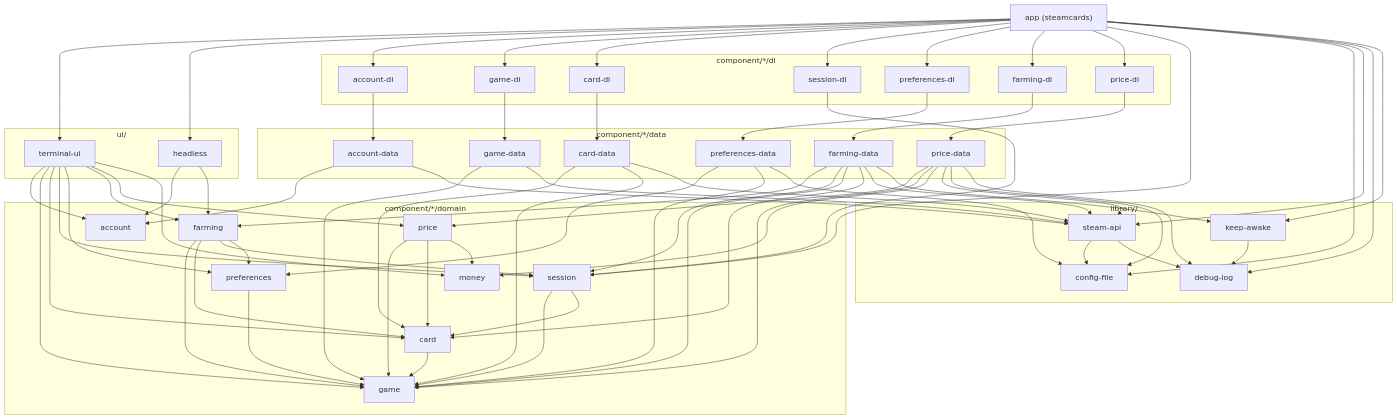
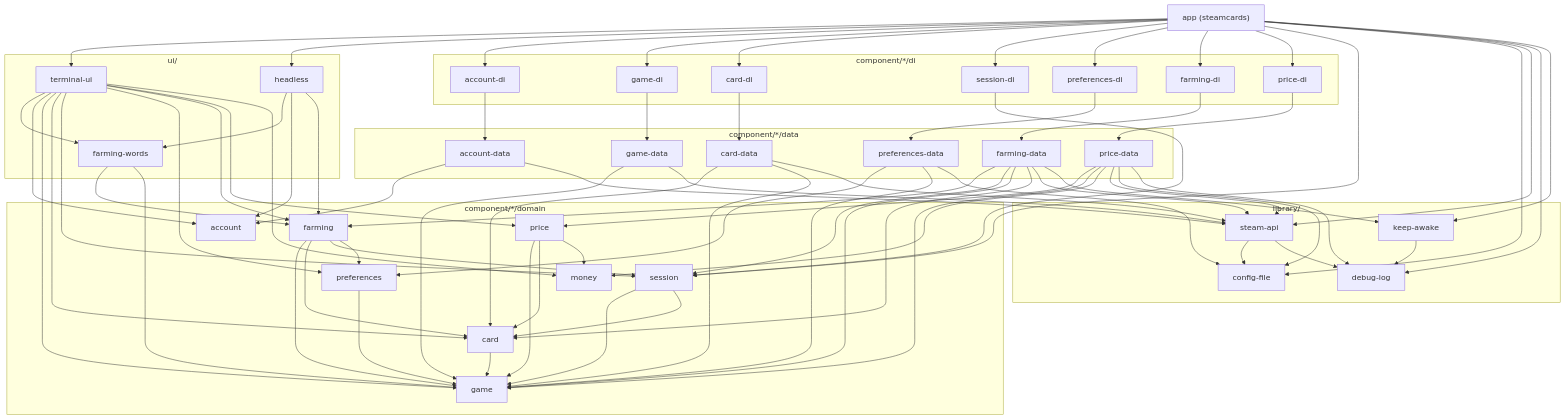
Before and after one commit to joshgallantt/steamcards: the diagram in docs/architecture.md, drawn with Mermaid. The commit also changed other lines of this file and 37 other files, not shown here.

````diff
--- a/docs/architecture.md
+++ b/docs/architecture.md
@@ -396,70 +413,72 @@
 ```mermaid
 graph TD
     APP["app (steamcards)"]
 
     subgraph UI["ui/"]
         TUI[terminal-ui]
         HL[headless]
+        FW[farming-words]
     end
 
     subgraph DI["component/*/di"]
         ADI[account-di]
         GDI[game-di]
         CDI[card-di]
         SDI[session-di]
         PDI[preferences-di]
         FDI[farming-di]
         PRDI[price-di]
     end
 
     subgraph DATA["component/*/data"]
         AD[account-data]
         GD[game-data]
         CD[card-data]
         PD[preferences-data]
         FD[farming-data]
         PRD[price-data]
     end
 
     subgraph DOMAIN["component/*/domain"]
         MON[money]
         ACC[account]
         GAME[game]
         CARD[card]
         SES[session]
         PREF[preferences]
         FARM[farming]
         PRICE[price]
     end
 
     subgraph LIBS["library/"]
         SA[steam-api]
         CF[config-file]
         DL[debug-log]
         KA[keep-awake]
     end
 
     APP --> TUI & HL & ADI & GDI & CDI & SDI & PDI & FDI & PRDI & SES & CF & SA & DL & KA
-    TUI --> ACC & GAME & CARD & SES & PREF & FARM & PRICE & MON
-    HL --> ACC & FARM
+    TUI --> FW & ACC & GAME & CARD & SES & PREF & FARM & PRICE & MON
+    HL --> FW & ACC & FARM
+    FW --> FARM & GAME
     ADI --> AD
     GDI --> GD
     CDI --> CD
     PDI --> PD
     FDI --> FD
     SDI --> SES
     PRDI --> PRD
     AD --> ACC & SA
     GD --> GAME & SA
     CD --> CARD & GAME & SA
     PD --> PREF & GAME & CF
     FD --> FARM & SES & GAME & CARD & SA & KA
     PRD --> PRICE & GAME & MON & SA & CF & DL
     CARD --> GAME
     PREF --> GAME
     SES --> GAME & CARD
     FARM --> GAME & CARD & SES & PREF
     PRICE --> GAME & CARD & MON
     SA --> CF & DL
     KA --> DL
 ```
````
